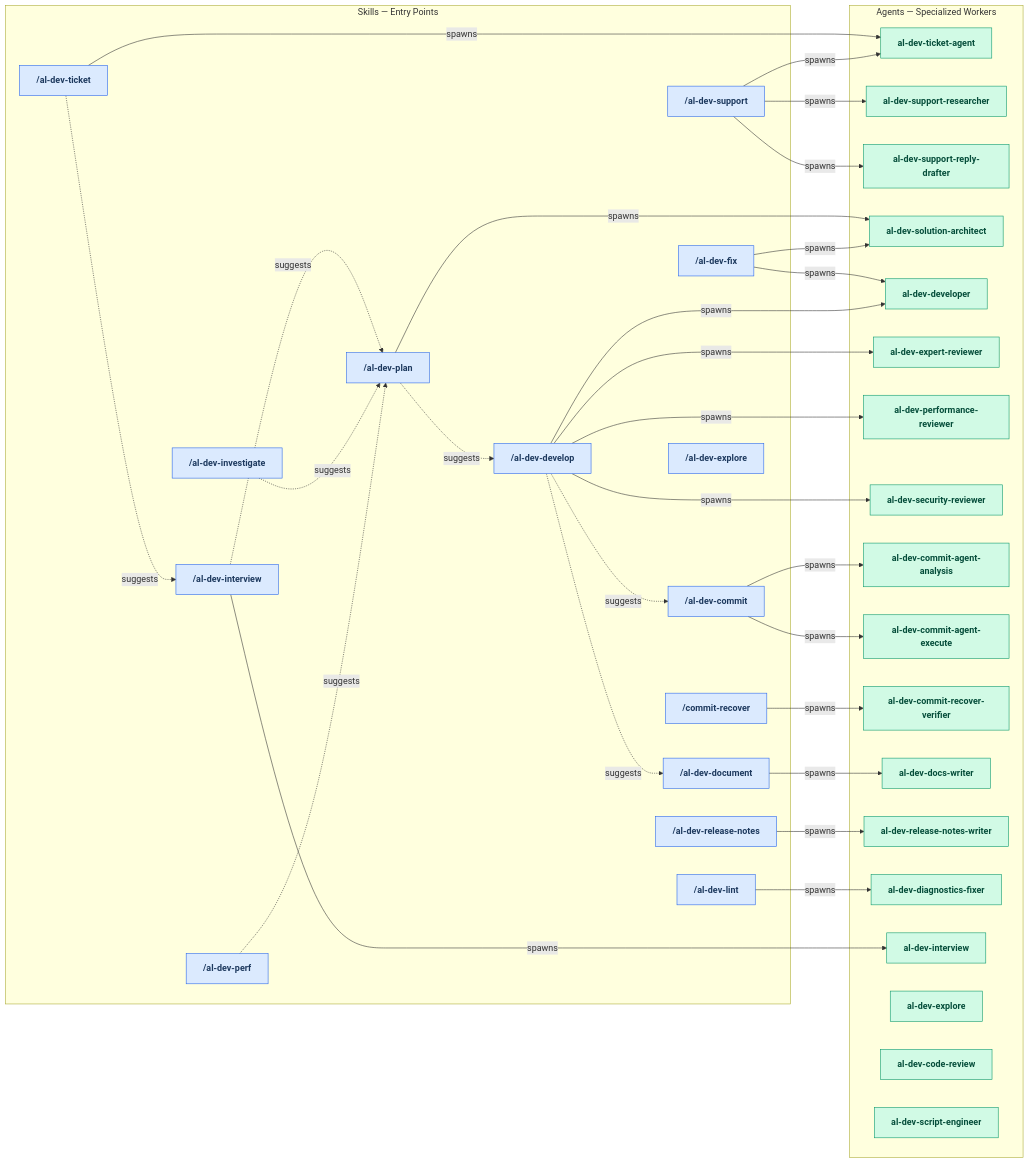
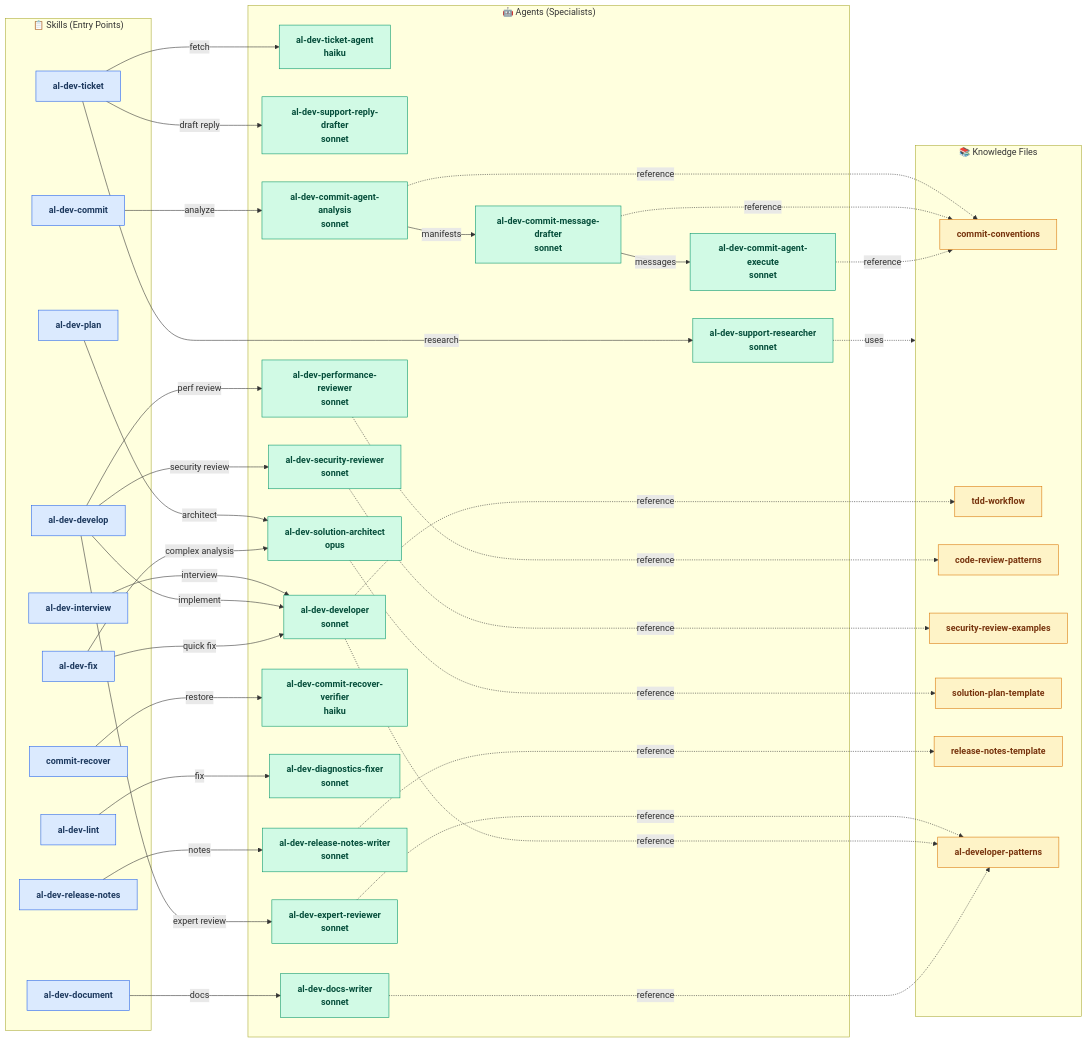
Before and after one commit to russell-laing/al-dev-shared: the first of 2 diagrams in docs/al-dev-workflow-diagrams.md, drawn with Mermaid. The commit also changed other lines of this file, not shown here.

Commit message:
docs: remove corrupted Architecture Notes section from workflow diagrams
The 'Architecture Notes' section had a malformed mermaid diagram with a
missing opening fence (```mermaid). The content duplicated information
already present in the 'Full Plugin Architecture' diagram at the top of
the file, so removing it restores the file to working state.

````diff
--- a/docs/al-dev-workflow-diagrams.md
+++ b/docs/al-dev-workflow-diagrams.md
@@ -12,106 +10,95 @@
 ```mermaid
 flowchart LR
-    classDef skillNode fill:#dbeafe,stroke:#2563eb,color:#1e3a5f,font-weight:bold
-    classDef agentNode fill:#d1fae5,stroke:#059669,color:#064e3b,font-weight:bold
+  classDef skillNode fill:#dbeafe,stroke:#2563eb,color:#1e3a5f,font-weight:bold
+  classDef agentNode fill:#d1fae5,stroke:#059669,color:#064e3b,font-weight:bold
+  classDef knowledgeNode fill:#fef3c7,stroke:#d97706,color:#78350f,font-weight:bold
 
-    subgraph Skills[Skills — Entry Points]
-        al_dev_ticket["/al-dev-ticket"]
-        al_dev_support["/al-dev-support"]
-        al_dev_investigate["/al-dev-investigate"]
-        al_dev_interview["/al-dev-interview"]
-        al_dev_plan["/al-dev-plan"]
-        al_dev_fix["/al-dev-fix"]
-        al_dev_develop["/al-dev-develop"]
-        al_dev_commit["/al-dev-commit"]
-        al_dev_document["/al-dev-document"]
-        al_dev_release_notes["/al-dev-release-notes"]
-        commit_recover["/commit-recover"]
-        al_dev_lint["/al-dev-lint"]
-        al_dev_explore["/al-dev-explore"]
-        al_dev_perf["/al-dev-perf"]
-    end
+  subgraph Skills["📋 Skills (Entry Points)"]
+    al_dev_ticket["al-dev-ticket"]
+    al_dev_fix["al-dev-fix"]
+    al_dev_develop["al-dev-develop"]
+    al_dev_plan["al-dev-plan"]
+    al_dev_lint["al-dev-lint"]
+    al_dev_commit["al-dev-commit"]
+    al_dev_document["al-dev-document"]
+    al_dev_interview["al-dev-interview"]
+    al_dev_release_notes["al-dev-release-notes"]
+    commit_recover["commit-recover"]
+  end
 
-    subgraph Agents[Agents — Specialized Workers]
-        ticket_agent["al-dev-ticket-agent"]
-        support_researcher["al-dev-support-researcher"]
-        support_reply_drafter["al-dev-support-reply-drafter"]
-        solution_architect["al-dev-solution-architect"]
-        developer["al-dev-developer"]
-        expert_reviewer["al-dev-expert-reviewer"]
-        perf_reviewer["al-dev-performance-reviewer"]
-        security_reviewer["al-dev-security-reviewer"]
-        commit_analysis["al-dev-commit-agent-analysis"]
-        commit_execute["al-dev-commit-agent-execute"]
-        commit_recover_verifier["al-dev-commit-recover-verifier"]
-        docs_writer["al-dev-docs-writer"]
-        release_notes_writer["al-dev-release-notes-writer"]
-        diagnostics_fixer["al-dev-diagnostics-fixer"]
-        interview["al-dev-interview"]
-        explore["al-dev-explore"]
-        code_review["al-dev-code-review"]
-        script_engineer["al-dev-script-engineer"]
-    end
+  subgraph Agents["🤖 Agents (Specialists)"]
+    ticket_agent["al-dev-ticket-agent<br/>haiku"]
+    support_researcher["al-dev-support-researcher<br/>sonnet"]
+    support_reply_drafter["al-dev-support-reply-drafter<br/>sonnet"]
+    solution_architect["al-dev-solution-architect<br/>opus"]
+    developer["al-dev-developer<br/>sonnet"]
+    expert_reviewer["al-dev-expert-reviewer<br/>sonnet"]
+    perf_reviewer["al-dev-performance-reviewer<br/>sonnet"]
+    security_reviewer["al-dev-security-reviewer<br/>sonnet"]
+    commit_analysis["al-dev-commit-agent-analysis<br/>sonnet"]
+    commit_drafter["al-dev-commit-message-drafter<br/>sonnet"]
+    commit_execute["al-dev-commit-agent-execute<br/>sonnet"]
+    commit_recover_verifier["al-dev-commit-recover-verifier<br/>haiku"]
+    diagnostics_fixer["al-dev-diagnostics-fixer<br/>sonnet"]
+    docs_writer["al-dev-docs-writer<br/>sonnet"]
+    release_notes["al-dev-release-notes-writer<br/>sonnet"]
+  end
 
-    %% Skill → Agent spawns
-    al_dev_ticket -->|spawns| ticket_agent
-    al_dev_support -->|spawns| ticket_agent
-    al_dev_support -->|spawns| support_researcher
-    al_dev_support -->|spawns| support_reply_drafter
-    al_dev_plan -->|spawns| solution_architect
-    al_dev_fix -->|spawns| solution_architect
-    al_dev_fix -->|spawns| developer
-    al_dev_develop -->|spawns| developer
-    al_dev_develop -->|spawns| expert_reviewer
-    al_dev_develop -->|spawns| perf_reviewer
-    al_dev_develop -->|spawns| security_reviewer
-    al_dev_commit -->|spawns| commit_analysis
-    al_dev_commit -->|spawns| commit_execute
-    commit_recover -->|spawns| commit_recover_verifier
-    al_dev_document -->|spawns| docs_writer
-    al_dev_release_notes -->|spawns| release_notes_writer
-    al_dev_lint -->|spawns| diagnostics_fixer
-    al_dev_interview -->|spawns| interview
+  subgraph Knowledge["📚 Knowledge Files"]
+    commit_conventions["commit-conventions"]
+    tdd_workflow["tdd-workflow"]
+    code_review_patterns["code-review-patterns"]
+    security_patterns["security-review-examples"]
+    solution_template["solution-plan-template"]
+    release_template["release-notes-template"]
+    al_patterns["al-developer-patterns"]
+  end
 
-    %% Skill → Skill flow (user guidance)
-    al_dev_ticket -.->|suggests| al_dev_interview
-    al_dev_interview -.->|suggests| al_dev_plan
-    al_dev_investigate -.->|suggests| al_dev_plan
-    al_dev_plan -.->|suggests| al_dev_develop
-    al_dev_develop -.->|suggests| al_dev_commit
-    al_dev_develop -.->|suggests| al_dev_document
-    al_dev_perf -.->|suggests| al_dev_plan
+  %% Ticket flow
+  al_dev_ticket -->|fetch| ticket_agent
+  al_dev_ticket -->|research| support_researcher
+  al_dev_ticket -->|draft reply| support_reply_drafter
+  support_researcher -.->|uses| Knowledge
 
-    class al_dev_ticket skillNode
-    class al_dev_support skillNode
-    class al_dev_investigate skillNode
-    class al_dev_interview skillNode
-    class al_dev_plan skillNode
-    class al_dev_fix skillNode
-    class al_dev_develop skillNode
-    class al_dev_commit skillNode
-    class al_dev_document skillNode
-    class al_dev_release_notes skillNode
-    class commit_recover skillNode
-    class al_dev_lint skillNode
-    class al_dev_explore skillNode
-    class al_dev_perf skillNode
+  %% Development flow
+  al_dev_interview -->|interview| developer
+  al_dev_plan -->|architect| solution_architect
+  al_dev_develop -->|implement| developer
+  al_dev_develop -->|expert review| expert_reviewer
+  al_dev_develop -->|perf review| perf_reviewer
+  al_dev_develop -->|security review| security_reviewer
+  expert_reviewer -.->|reference| al_patterns
+  perf_reviewer -.->|reference| code_review_patterns
+  security_reviewer -.->|reference| security_patterns
 
-    class ticket_agent agentNode
-    class support_researcher agentNode
-    class support_reply_drafter agentNode
-    class solution_architect agentNode
-    class developer agentNode
-    class expert_reviewer agentNode
-    class perf_reviewer agentNode
-    class security_reviewer agentNode
-    class commit_analysis agentNode
-    class commit_execute agentNode
-    class commit_recover_verifier agentNode
-    class docs_writer agentNode
-    class release_notes_writer agentNode
-    class diagnostics_fixer agentNode
-    class interview agentNode
-    class explore agentNode
-    class code_review agentNode
-    class script_engineer agentNode
+  %% Commit flow
+  al_dev_commit -->|analyze| commit_analysis
+  commit_analysis -->|manifests| commit_drafter
+  commit_drafter -->|messages| commit_execute
+  commit_analysis -.->|reference| commit_conventions
+  commit_drafter -.->|reference| commit_conventions
+  commit_execute -.->|reference| commit_conventions
+
+  %% Lint flow
+  al_dev_lint -->|fix| diagnostics_fixer
+
+  %% Post-implementation flows
+  al_dev_document -->|docs| docs_writer
+  al_dev_release_notes -->|notes| release_notes
+  commit_recover -->|restore| commit_recover_verifier
+
+  %% Direct fix (bypasses planning)
+  al_dev_fix -->|quick fix| developer
+  al_dev_fix -->|complex analysis| solution_architect
+
+  %% Shared knowledge dependencies
+  developer -.->|reference| tdd_workflow
+  developer -.->|reference| al_patterns
+  solution_architect -.->|reference| solution_template
+  release_notes -.->|reference| release_template
+  docs_writer -.->|reference| al_patterns
+
+  class al_dev_ticket,al_dev_fix,al_dev_develop,al_dev_plan,al_dev_lint,al_dev_commit,al_dev_document,al_dev_interview,al_dev_release_notes,commit_recover skillNode
+  class ticket_agent,support_researcher,support_reply_drafter,solution_architect,developer,expert_reviewer,perf_reviewer,security_reviewer,commit_analysis,commit_drafter,commit_execute,commit_recover_verifier,diagnostics_fixer,docs_writer,release_notes agentNode
+  class commit_conventions,tdd_workflow,code_review_patterns,security_patterns,solution_template,release_template,al_patterns knowledgeNode
 ```
````
